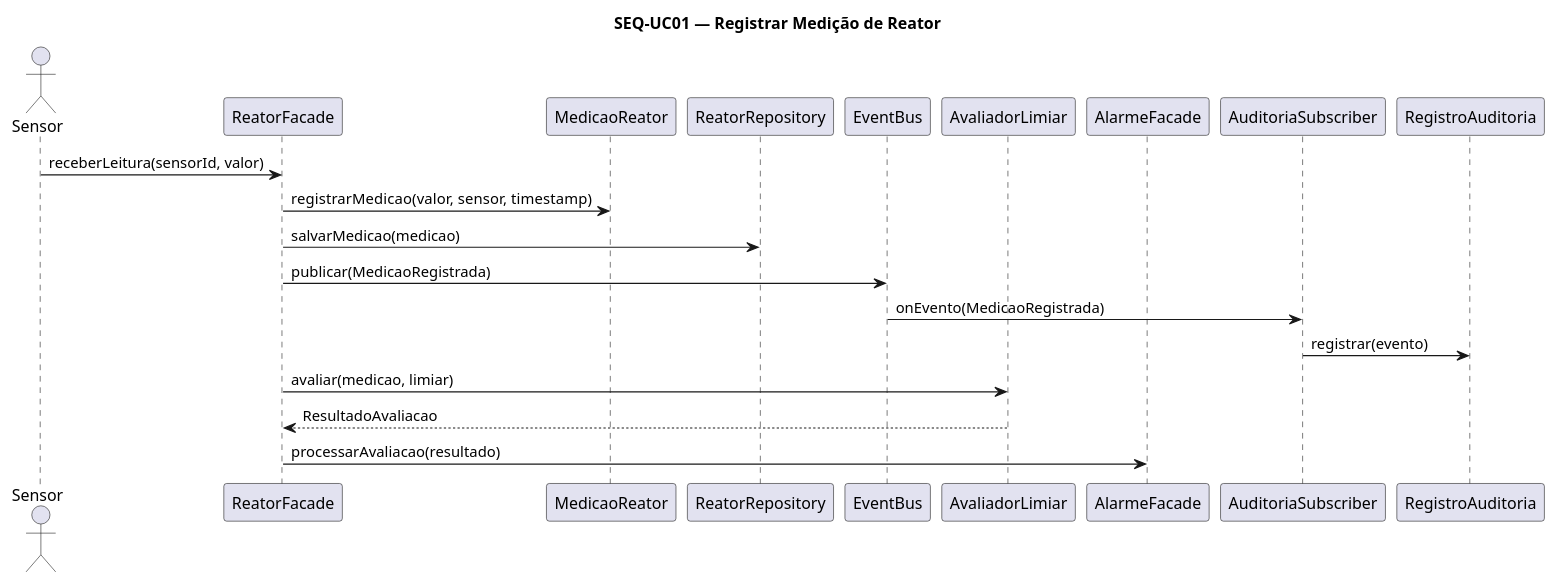
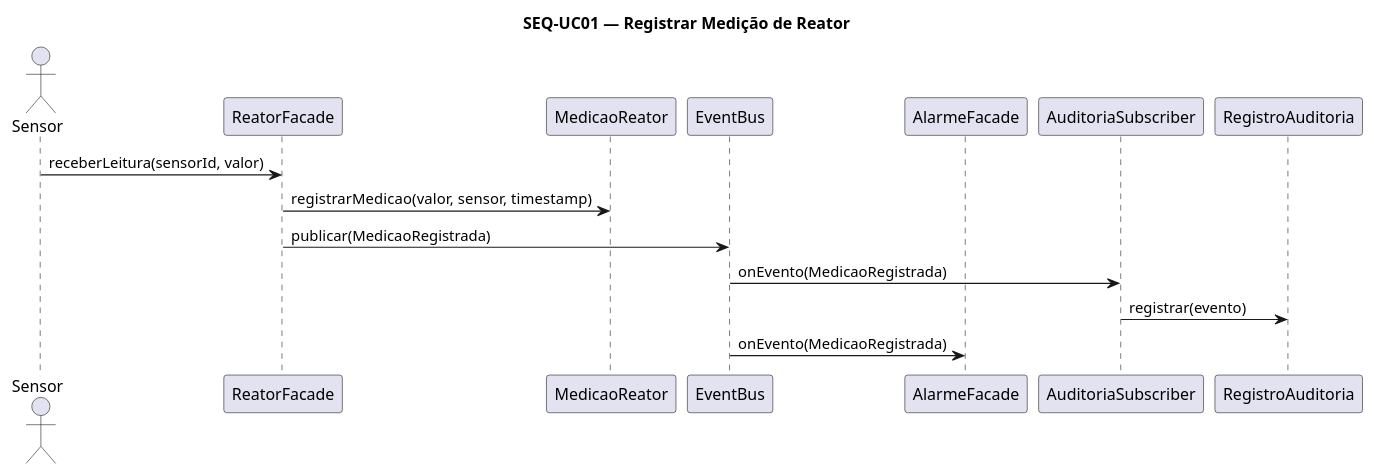
Before and after one commit to rlampago22/RP-IV: the diagram in docs/marco1/diagramas/seq-uc01-medicao.puml, drawn with PlantUML. The commit also changed 36 other files, not shown here.

Commit message:
docs: substituir Mermaid por UML e alinhar arquitetura

```diff
--- a/docs/marco1/diagramas/seq-uc01-medicao.puml
+++ b/docs/marco1/diagramas/seq-uc01-medicao.puml
@@ -1,25 +1,20 @@
 @startuml seq-uc01-medicao
 title SEQ-UC01 — Registrar Medição de Reator
 skinparam shadowing false
 
 actor Sensor
 participant "ReatorFacade" as RF
 participant "MedicaoReator" as MR
-participant "ReatorRepository" as RR
 participant "EventBus" as Bus
-participant "AvaliadorLimiar" as AL
 participant "AlarmeFacade" as AF
 participant "AuditoriaSubscriber" as Aud
 participant "RegistroAuditoria" as Reg
 
 Sensor -> RF: receberLeitura(sensorId, valor)
 RF -> MR: registrarMedicao(valor, sensor, timestamp)
-RF -> RR: salvarMedicao(medicao)
 RF -> Bus: publicar(MedicaoRegistrada)
 Bus -> Aud: onEvento(MedicaoRegistrada)
 Aud -> Reg: registrar(evento)
-RF -> AL: avaliar(medicao, limiar)
-AL --> RF: ResultadoAvaliacao
-RF -> AF: processarAvaliacao(resultado)
+Bus -> AF: onEvento(MedicaoRegistrada)
 
 @enduml
```
